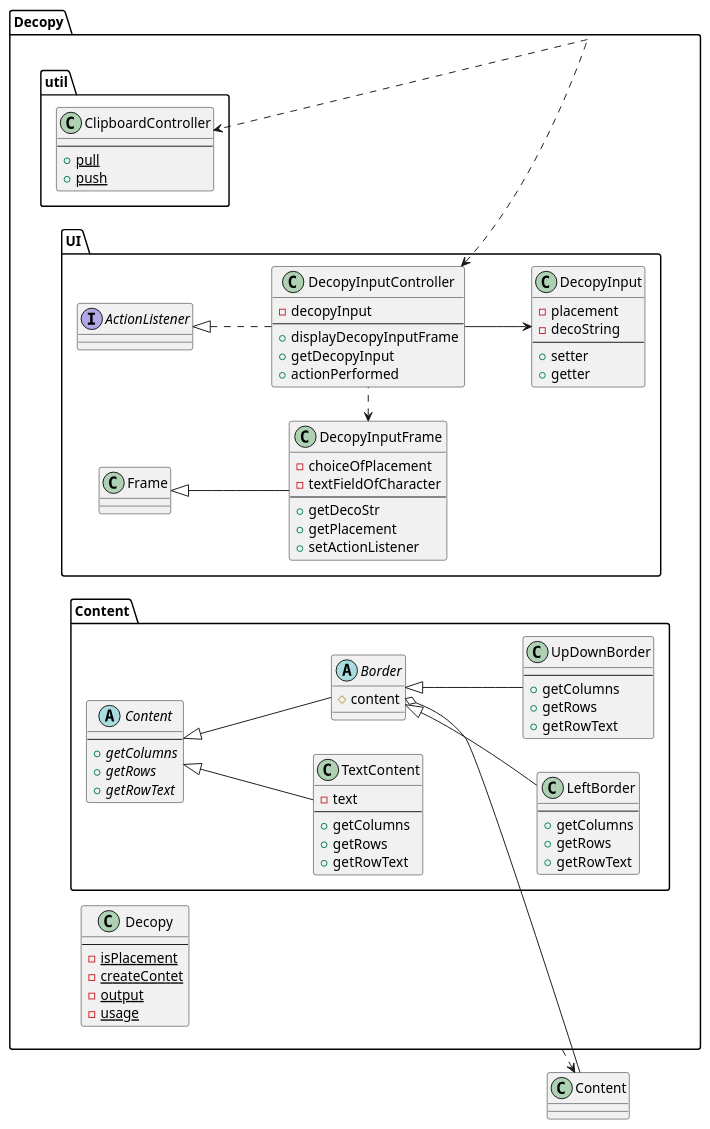
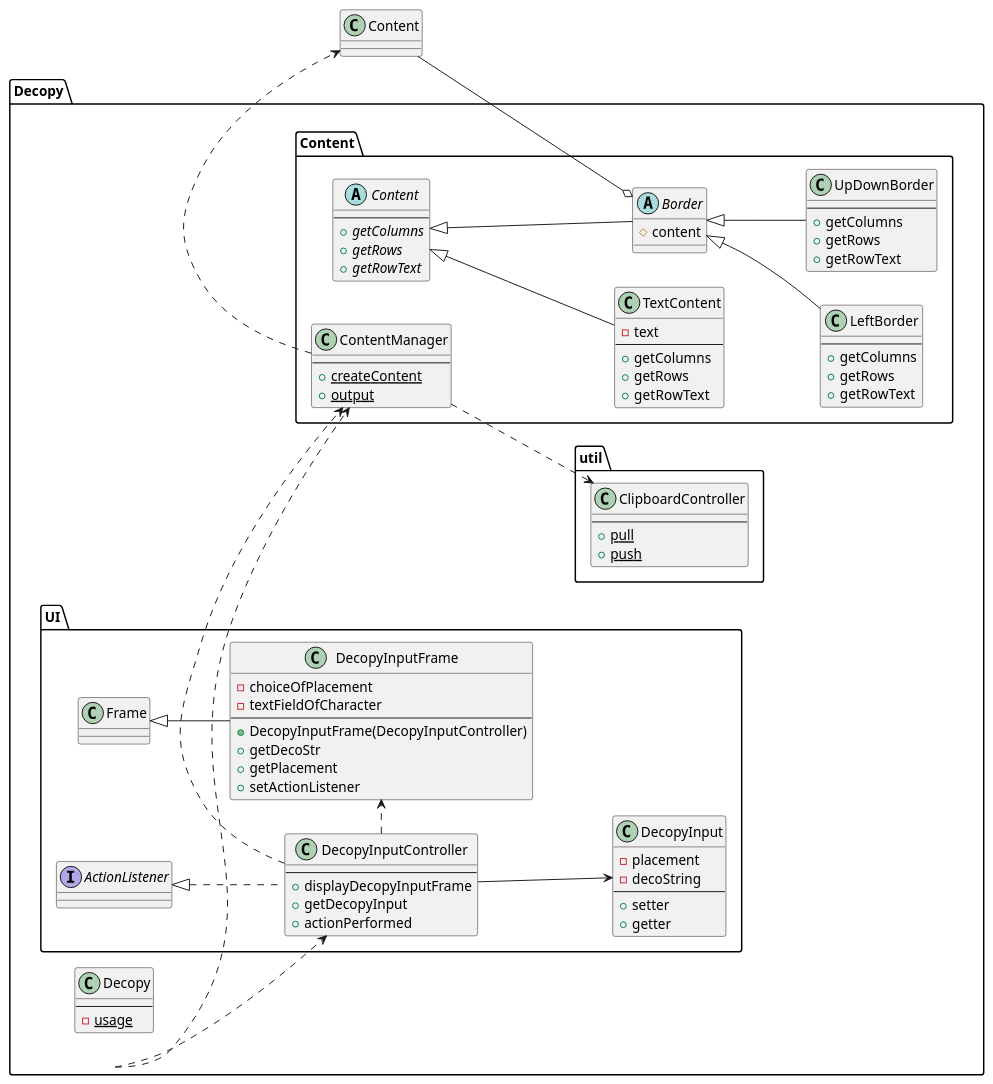
The diagram in design/class.pu (ryokow/Decopy), drawn with PlantUML before and after one commit. The commit also changed 2 other files, not shown here.

Commit message:
Class diagram modified.

```diff
--- a/design/class.pu
+++ b/design/class.pu
@@ -1,97 +1,104 @@
 @startuml Decopy
 
 ' クラス定義
 package Decopy{
     Package Content {
-        ' class ContentManager {}
+        class ContentManager {
+            --
+            + {static} createContent
+            + {static} output
+        }
         ' Decoratorパターン ここから ---
         abstract class Content {
             --
             + {abstract} getColumns
             + {abstract} getRows
             + {abstract} getRowText
         }
 
         class TextContent extends Content {
             - text
             --
             + getColumns
             + getRows
             + getRowText
         }
 
         abstract class Border extends Content {
             # content
         }
 
         class LeftBorder extends Border {
             --
             + getColumns
             + getRows
             + getRowText
         }
 
         class UpDownBorder extends Border {
             --
             + getColumns
             + getRows
             + getRowText
         }
         ' Decoratorパターン ここまで---
     }
 
     package UI {
         class DecopyInputController implements ActionListener{
-            - decopyInput
+            ' - decopyInput
             --
             + displayDecopyInputFrame
             + getDecopyInput
             + actionPerformed
         }
 
         class DecopyInputFrame extends Frame{
             - choiceOfPlacement
             - textFieldOfCharacter
             --
+            + DecopyInputFrame(DecopyInputController)
             + getDecoStr
             + getPlacement
             + setActionListener
         }
 
         class DecopyInput{
         - placement
         - decoString
         --
         + setter
         + getter
         }
     }
 
     package util {
         class ClipboardController {
         --
         + {static} pull
         + {static} push
         }
     }
 
     class Decopy {
         --
-        - {static} isPlacement
-        - {static} createContet
-        - {static} output
+        ' - {static} isPlacement
+        ' - {static} createContet
+        ' - {static} output
         - {static} usage
     }
 }
 
 ' クラス間の関係
 left to right direction
 Content --o Border 
-Decopy ..> ClipboardController
-Decopy .right.> Content
-Decopy .up.> DecopyInputController
-DecopyInputController .left> DecopyInputFrame
+Decopy ..> ContentManager
+ContentManager ..> ClipboardController
+DecopyInputController .> ContentManager
+ContentManager .> Content
+Decopy .> DecopyInputController
+DecopyInputController .> DecopyInputFrame
 DecopyInputController --> DecopyInput
 
 
 @enduml
```
